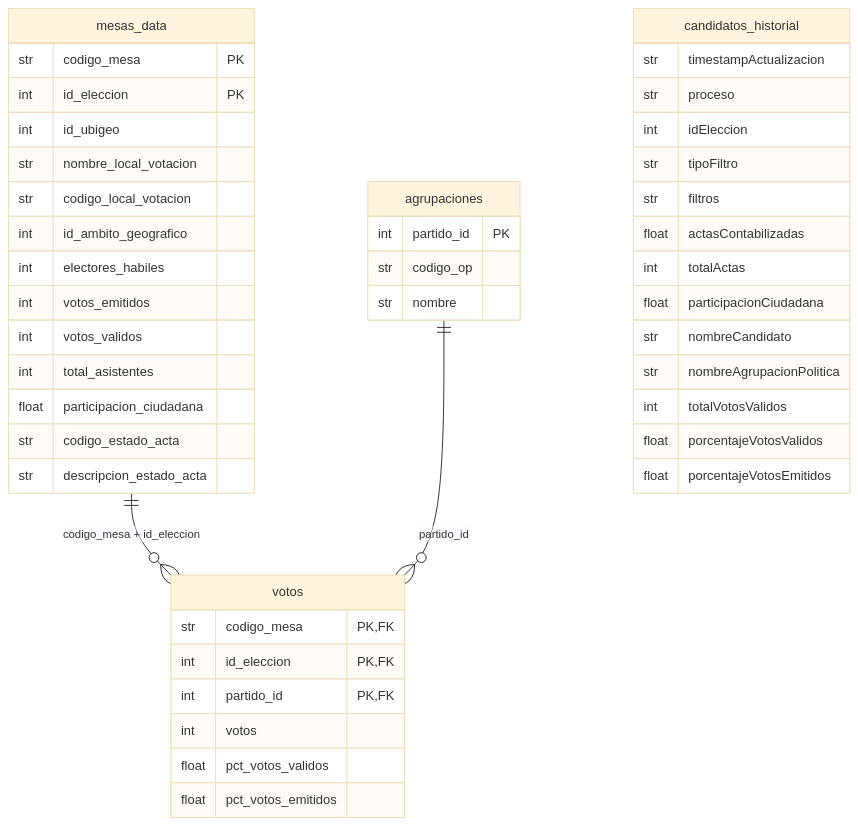
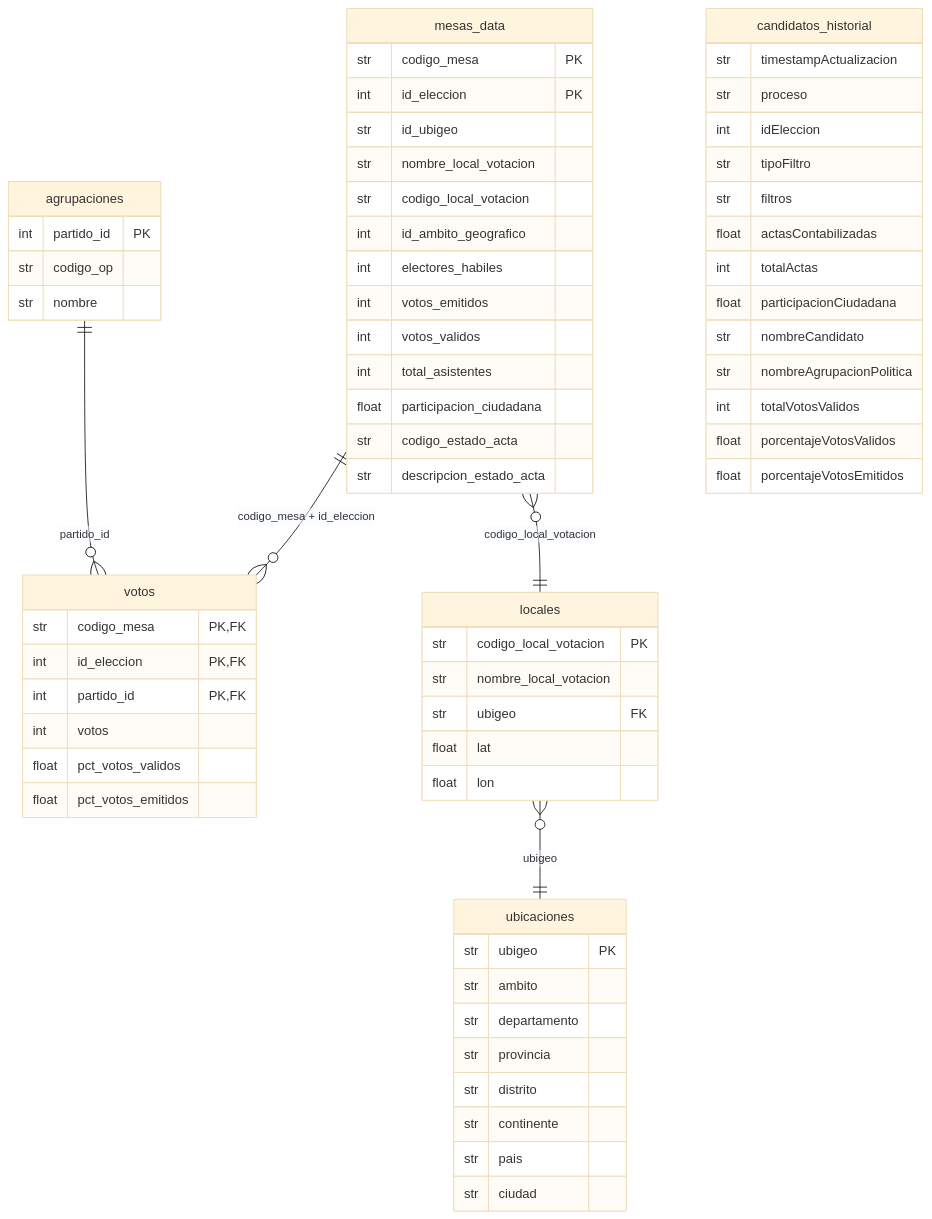
The diagram in README.md (oscarzamora/onpe-scraper-2026-2), drawn with Mermaid (base theme) before and after one commit. The commit also changed other lines of this file, not shown here.

Commit message:
docs: update README with ubicaciones/locales schema, full ERD, geo pandas examples

````diff
--- a/README.md
+++ b/README.md
@@ -125,52 +154,73 @@
 ```mermaid
 erDiagram
     mesas_data {
-        str  codigo_mesa        PK
-        int  id_eleccion        PK
-        int  id_ubigeo
-        str  nombre_local_votacion
-        str  codigo_local_votacion
-        int  id_ambito_geografico
-        int  electores_habiles
-        int  votos_emitidos
-        int  votos_validos
-        int  total_asistentes
+        str   codigo_mesa        PK
+        int   id_eleccion        PK
+        str   id_ubigeo
+        str   nombre_local_votacion
+        str   codigo_local_votacion
+        int   id_ambito_geografico
+        int   electores_habiles
+        int   votos_emitidos
+        int   votos_validos
+        int   total_asistentes
         float participacion_ciudadana
-        str  codigo_estado_acta
-        str  descripcion_estado_acta
+        str   codigo_estado_acta
+        str   descripcion_estado_acta
     }
 
     votos {
         str   codigo_mesa       PK,FK
         int   id_eleccion       PK,FK
         int   partido_id        PK,FK
         int   votos
         float pct_votos_validos
         float pct_votos_emitidos
     }
 
     agrupaciones {
         int partido_id          PK
         str codigo_op
         str nombre
     }
 
     candidatos_historial {
         str   timestampActualizacion
         str   proceso
         int   idEleccion
         str   tipoFiltro
         str   filtros
         float actasContabilizadas
         int   totalActas
         float participacionCiudadana
         str   nombreCandidato
         str   nombreAgrupacionPolitica
         int   totalVotosValidos
         float porcentajeVotosValidos
         float porcentajeVotosEmitidos
     }
 
+    ubicaciones {
+        str ubigeo             PK
+        str ambito
+        str departamento
+        str provincia
+        str distrito
+        str continente
+        str pais
+        str ciudad
+    }
+
+    locales {
+        str   codigo_local_votacion  PK
+        str   nombre_local_votacion
+        str   ubigeo                 FK
+        float lat
+        float lon
+    }
+
     mesas_data ||--o{ votos : "codigo_mesa + id_eleccion"
     agrupaciones ||--o{ votos : "partido_id"
+    mesas_data }o--|| locales : "codigo_local_votacion"
+    locales }o--|| ubicaciones : "ubigeo"
 ```
````
